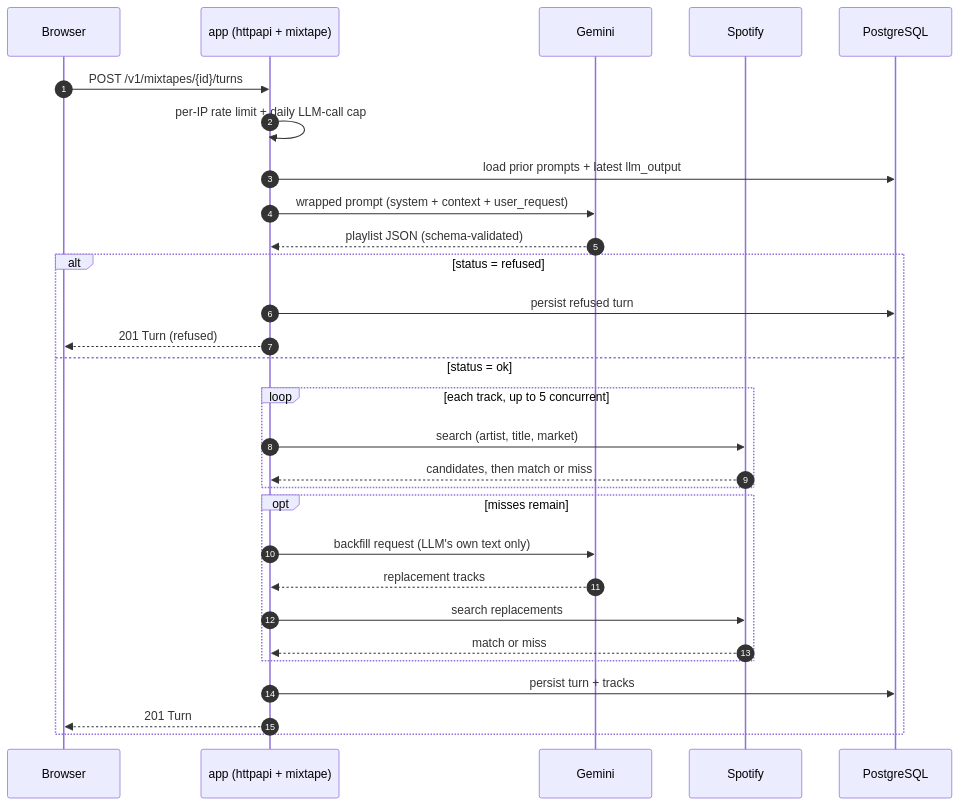
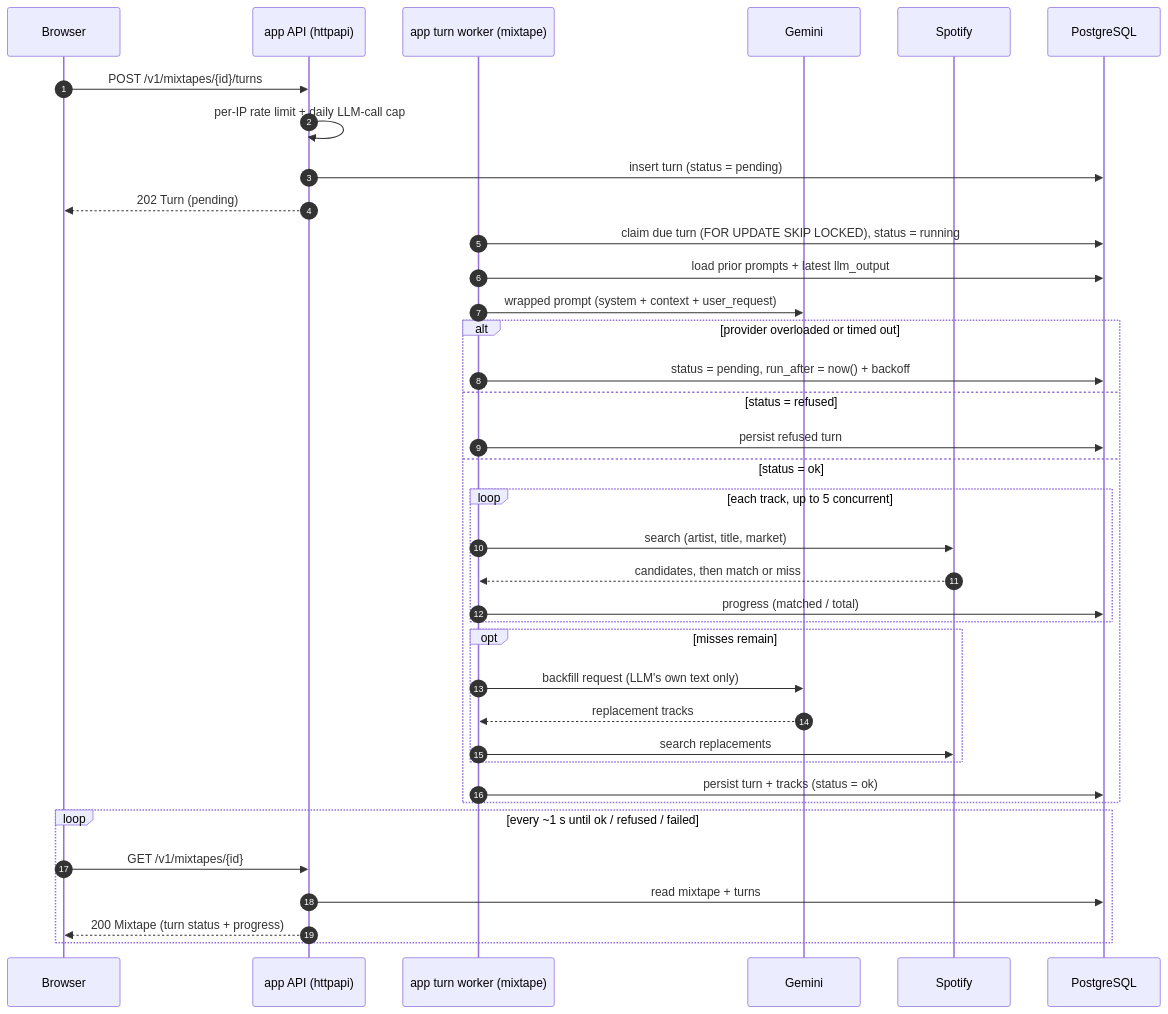
One commit to edarbieto/mixtaipes changed the third of 3 diagrams in docs/ARCHITECTURE.md. Above: the diagram before and after it, drawn with Mermaid. The commit also changed other lines of this file and 3 other files, not shown here.

````diff
--- a/docs/ARCHITECTURE.md
+++ b/docs/ARCHITECTURE.md
@@ -113,32 +119,40 @@
 ```mermaid
 sequenceDiagram
     autonumber
     participant B as Browser
-    participant A as app (httpapi + mixtape)
+    participant A as app API (httpapi)
+    participant W as app turn worker (mixtape)
     participant G as Gemini
     participant S as Spotify
     participant P as PostgreSQL
 
     B->>A: POST /v1/mixtapes/{id}/turns
     A->>A: per-IP rate limit + daily LLM-call cap
-    A->>P: load prior prompts + latest llm_output
-    A->>G: wrapped prompt (system + context + user_request)
-    G-->>A: playlist JSON (schema-validated)
-    alt status = refused
-        A->>P: persist refused turn
-        A-->>B: 201 Turn (refused)
+    A->>P: insert turn (status = pending)
+    A-->>B: 202 Turn (pending)
+    W->>P: claim due turn (FOR UPDATE SKIP LOCKED), status = running
+    W->>P: load prior prompts + latest llm_output
+    W->>G: wrapped prompt (system + context + user_request)
+    alt provider overloaded or timed out
+        W->>P: status = pending, run_after = now() + backoff
+    else status = refused
+        W->>P: persist refused turn
     else status = ok
         loop each track, up to 5 concurrent
-            A->>S: search (artist, title, market)
-            S-->>A: candidates, then match or miss
+            W->>S: search (artist, title, market)
+            S-->>W: candidates, then match or miss
+            W->>P: progress (matched / total)
         end
         opt misses remain
-            A->>G: backfill request (LLM's own text only)
-            G-->>A: replacement tracks
-            A->>S: search replacements
-            S-->>A: match or miss
+            W->>G: backfill request (LLM's own text only)
+            G-->>W: replacement tracks
+            W->>S: search replacements
         end
-        A->>P: persist turn + tracks
-        A-->>B: 201 Turn
+        W->>P: persist turn + tracks (status = ok)
+    end
+    loop every ~1 s until ok / refused / failed
+        B->>A: GET /v1/mixtapes/{id}
+        A->>P: read mixtape + turns
+        A-->>B: 200 Mixtape (turn status + progress)
     end
 ```
````
